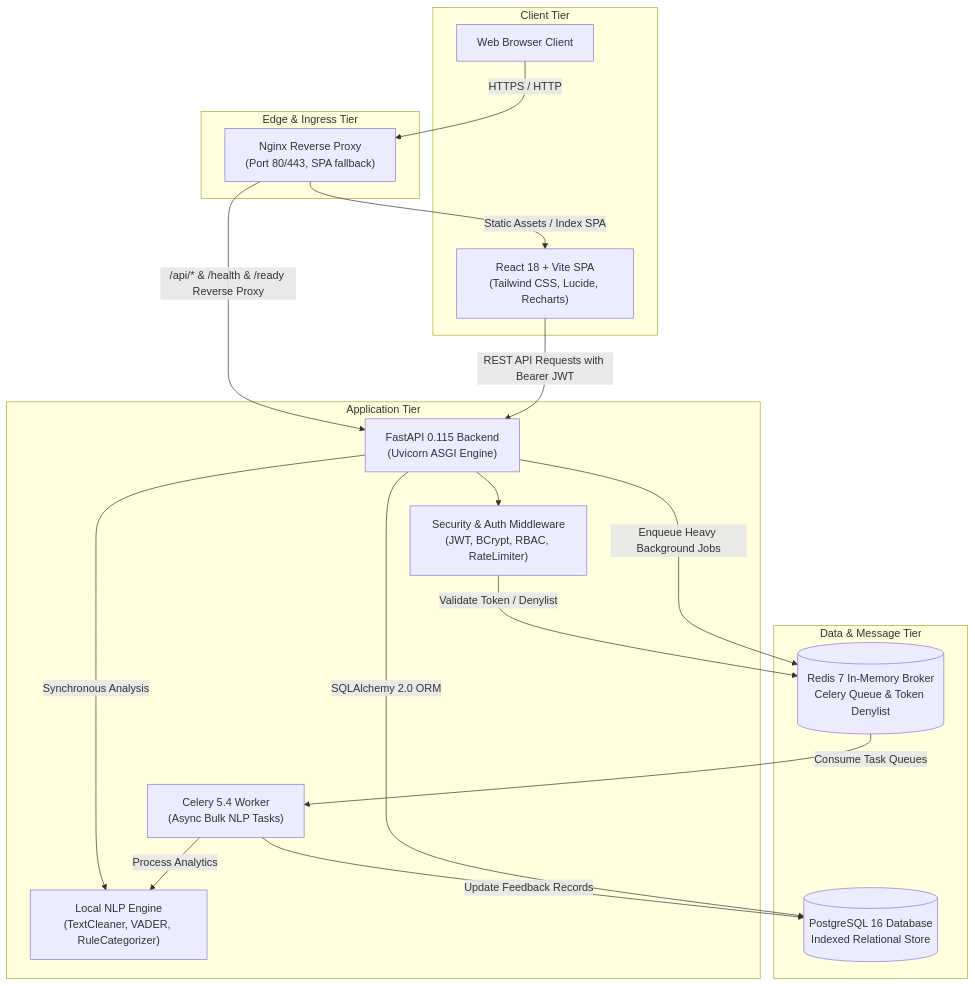
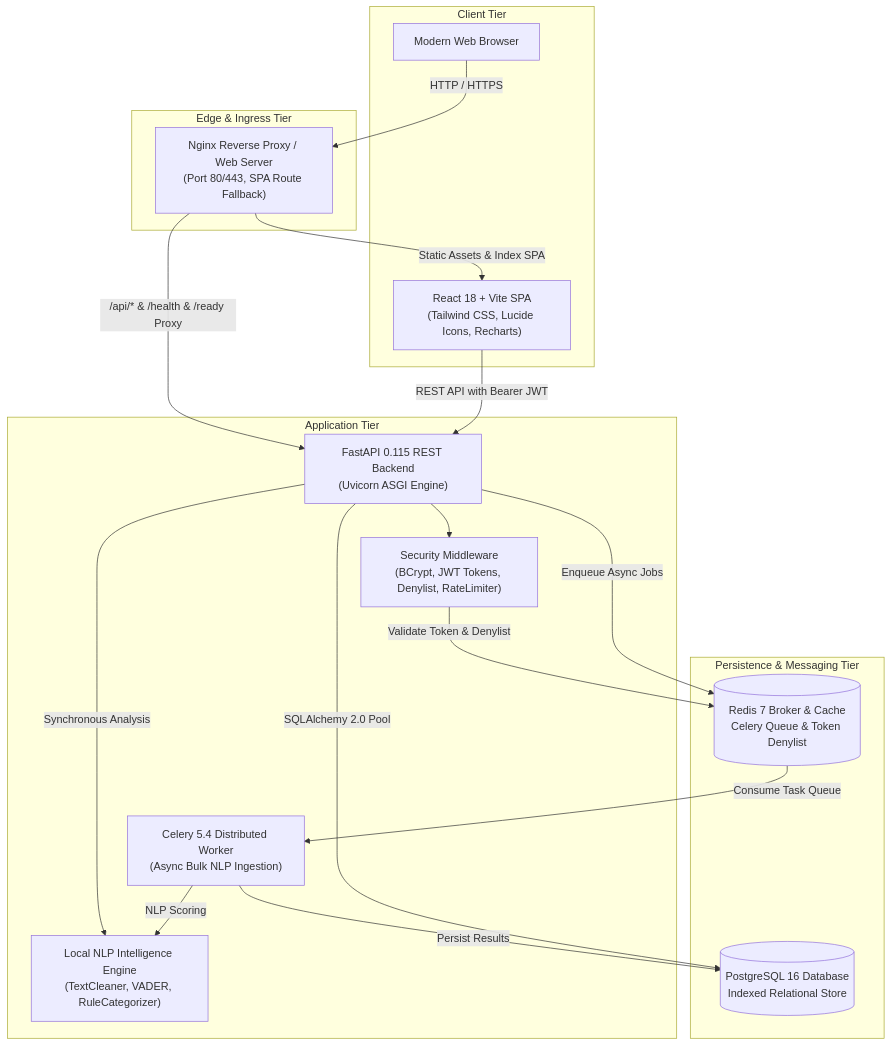
The first of 2 diagrams in README.md (Nitesh0517/feedback-intelligence-system), drawn with Mermaid before and after one commit. The commit also changed other lines of this file, not shown here.

Commit message:
docs: modernize and streamline root README with badges, quick links, and architecture diagrams

````diff
--- a/README.md
+++ b/README.md
@@ -61,37 +66,37 @@
 ```mermaid
 flowchart TD
     subgraph Client Tier
-        Browser["Web Browser Client"]
-        SPA["React 18 + Vite SPA<br/>(Tailwind CSS, Lucide, Recharts)"]
+        Browser["Modern Web Browser"]
+        SPA["React 18 + Vite SPA<br/>(Tailwind CSS, Lucide Icons, Recharts)"]
     end
 
     subgraph Edge & Ingress Tier
-        Nginx["Nginx Reverse Proxy<br/>(Port 80/443, SPA fallback)"]
+        Nginx["Nginx Reverse Proxy / Web Server<br/>(Port 80/443, SPA Route Fallback)"]
     end
 
     subgraph Application Tier
-        FastAPI["FastAPI 0.115 Backend<br/>(Uvicorn ASGI Engine)"]
-        AuthModule["Security & Auth Middleware<br/>(JWT, BCrypt, RBAC, RateLimiter)"]
-        NLPEngine["Local NLP Engine<br/>(TextCleaner, VADER, RuleCategorizer)"]
-        CeleryWorker["Celery 5.4 Worker<br/>(Async Bulk NLP Tasks)"]
+        FastAPI["FastAPI 0.115 REST Backend<br/>(Uvicorn ASGI Engine)"]
+        AuthMiddleware["Security Middleware<br/>(BCrypt, JWT Tokens, Denylist, RateLimiter)"]
+        NLPEngine["Local NLP Intelligence Engine<br/>(TextCleaner, VADER, RuleCategorizer)"]
+        CeleryWorker["Celery 5.4 Distributed Worker<br/>(Async Bulk NLP Ingestion)"]
     end
 
-    subgraph Data & Message Tier
+    subgraph Persistence & Messaging Tier
         Postgres[(PostgreSQL 16 Database<br/>Indexed Relational Store)]
-        Redis[(Redis 7 In-Memory Broker<br/>Celery Queue & Token Denylist)]
+        Redis[(Redis 7 Broker & Cache<br/>Celery Queue & Token Denylist)]
     end
 
-    Browser -->|HTTPS / HTTP| Nginx
-    Nginx -->|Static Assets / Index SPA| SPA
-    Nginx -->|/api/* & /health & /ready Reverse Proxy| FastAPI
-    SPA -->|REST API Requests with Bearer JWT| FastAPI
+    Browser -->|HTTP / HTTPS| Nginx
+    Nginx -->|Static Assets & Index SPA| SPA
+    Nginx -->|/api/* & /health & /ready Proxy| FastAPI
+    SPA -->|REST API with Bearer JWT| FastAPI
 
-    FastAPI --> AuthModule
-    AuthModule -->|Validate Token / Denylist| Redis
+    FastAPI --> AuthMiddleware
+    AuthMiddleware -->|Validate Token & Denylist| Redis
     FastAPI -->|Synchronous Analysis| NLPEngine
-    FastAPI -->|Enqueue Heavy Background Jobs| Redis
-    Redis -->|Consume Task Queues| CeleryWorker
-    CeleryWorker -->|Process Analytics| NLPEngine
-    CeleryWorker -->|Update Feedback Records| Postgres
-    FastAPI -->|SQLAlchemy 2.0 ORM| Postgres
+    FastAPI -->|Enqueue Async Jobs| Redis
+    Redis -->|Consume Task Queue| CeleryWorker
+    CeleryWorker -->|NLP Scoring| NLPEngine
+    CeleryWorker -->|Persist Results| Postgres
+    FastAPI -->|SQLAlchemy 2.0 Pool| Postgres
 ```
````
